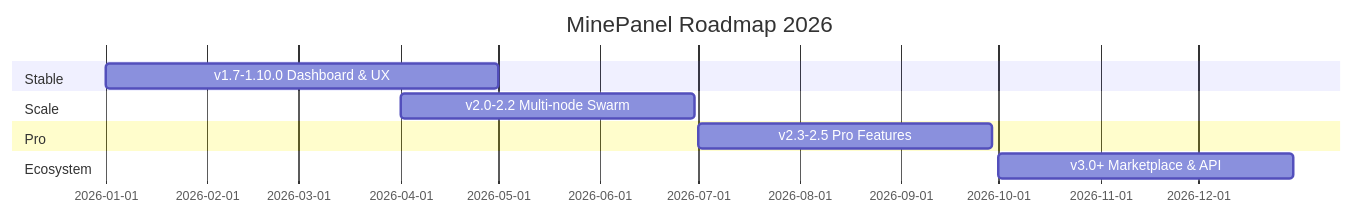
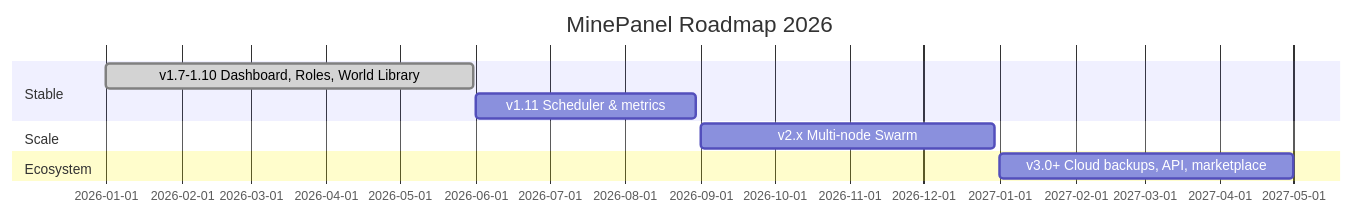
One commit to Ketbome/minepanel changed the third of 3 diagrams in doc/roadmap.md. Above: the diagram before and after it, drawn with Mermaid. The commit also changed other lines of this file and 1 other file, not shown here.

Commit message:
docs: sync roadmap and features with real project state

````diff
--- a/doc/roadmap.md
+++ b/doc/roadmap.md
@@ -317,17 +252,15 @@
 ```mermaid
 gantt
     title MinePanel Roadmap 2026
     dateFormat YYYY-MM-DD
 
     section Stable
-    v1.7-1.10.0 Dashboard & UX :a1, 2026-01-01, 120d
+    v1.7-1.10 Dashboard, Roles, World Library :done, a1, 2026-01-01, 150d
+    v1.11 Scheduler & metrics                 :a1b, 2026-06-01, 90d
 
     section Scale
-    v2.0-2.2 Multi-node Swarm  :a2, 2026-04-01, 90d
-
-    section Pro
-    v2.3-2.5 Pro Features      :a3, 2026-07-01, 90d
+    v2.x Multi-node Swarm                     :a2, 2026-09-01, 120d
 
     section Ecosystem
-    v3.0+ Marketplace & API    :a4, 2026-10-01, 90d
+    v3.0+ Cloud backups, API, marketplace     :a4, 2027-01-01, 120d
 ```
````
